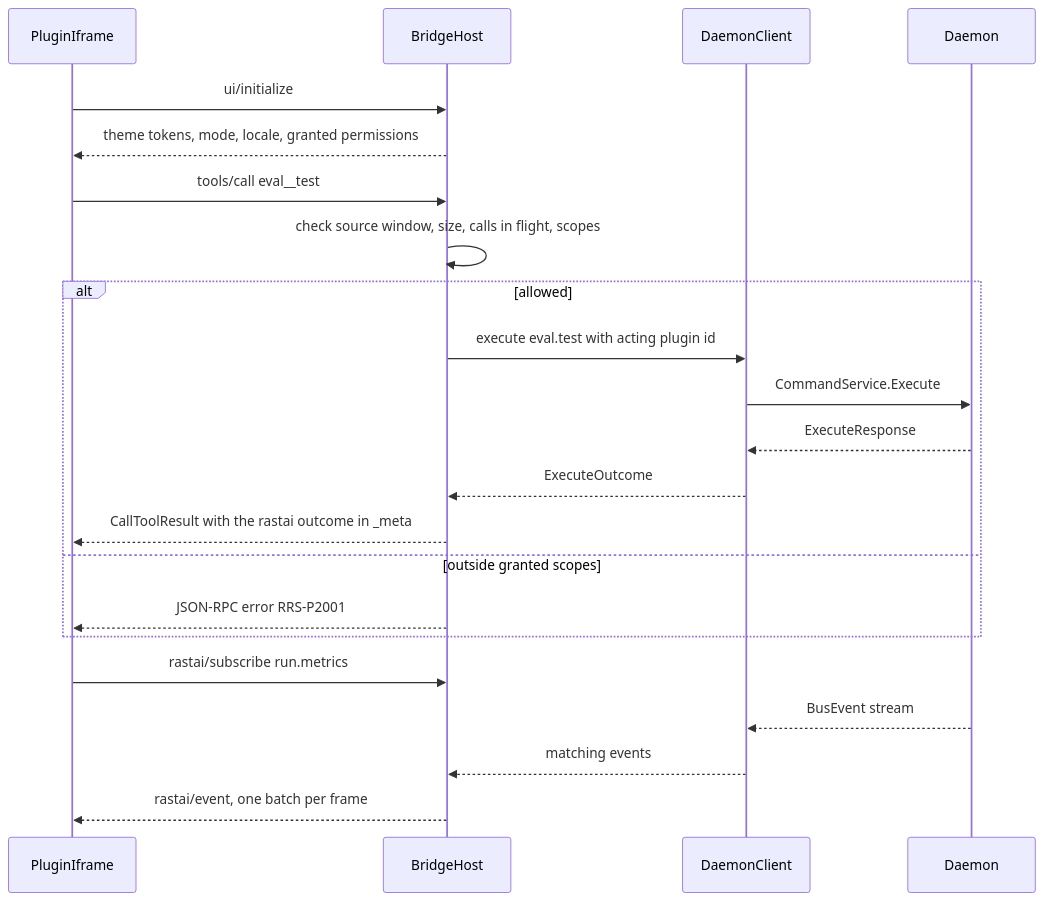
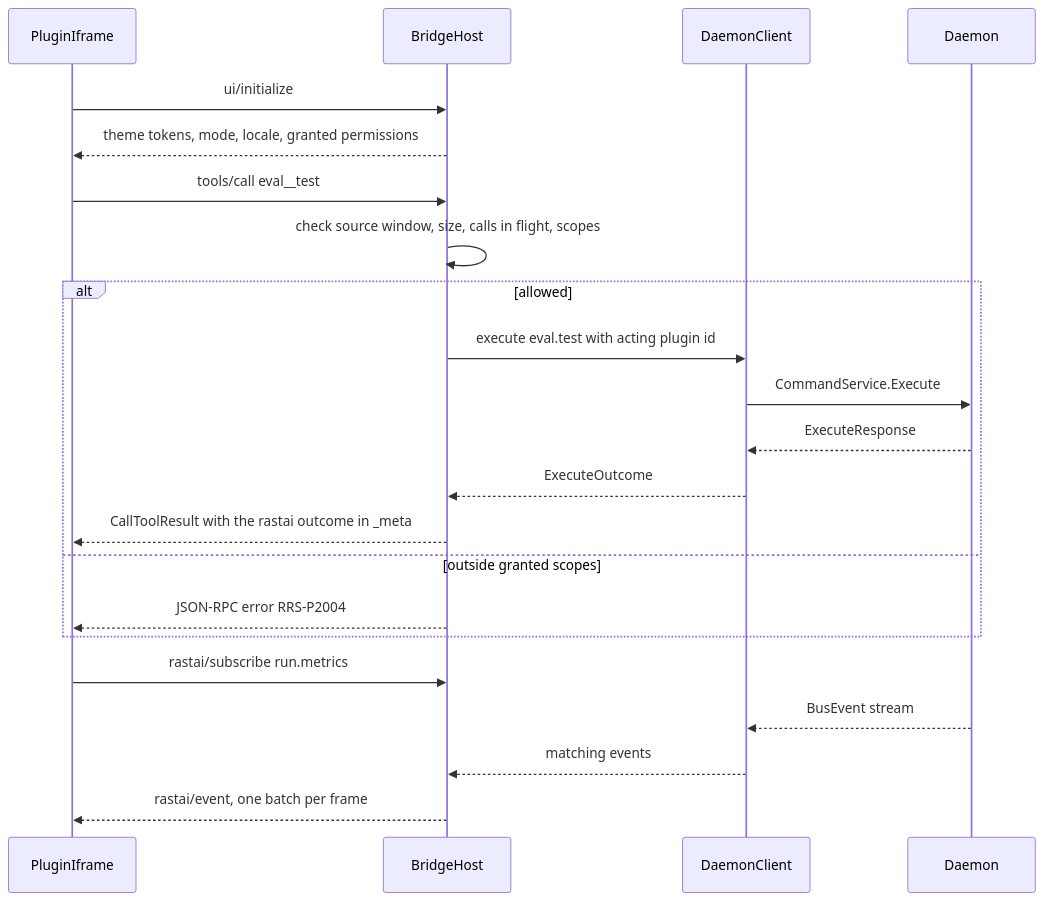
The ninth of 11 diagrams in docs/architecture/layout/frontend-and-plugins.md (Snubiss/RASTAI-Research-Studio), drawn with Mermaid before and after one commit. The commit also changed other lines of this file and 44 other files, not shown here.

````diff
--- a/docs/architecture/layout/frontend-and-plugins.md
+++ b/docs/architecture/layout/frontend-and-plugins.md
@@ -1678,24 +2568,24 @@
 ```mermaid
 sequenceDiagram
   participant F as PluginIframe
   participant B as BridgeHost
   participant C as DaemonClient
   participant D as Daemon
   F->>B: ui/initialize
   B-->>F: theme tokens, mode, locale, granted permissions
   F->>B: tools/call eval__test
   B->>B: check source window, size, calls in flight, scopes
   alt allowed
     B->>C: execute eval.test with acting plugin id
     C->>D: CommandService.Execute
     D-->>C: ExecuteResponse
     C-->>B: ExecuteOutcome
     B-->>F: CallToolResult with the rastai outcome in _meta
   else outside granted scopes
-    B-->>F: JSON-RPC error RRS-P2001
+    B-->>F: JSON-RPC error RRS-P2004
   end
   F->>B: rastai/subscribe run.metrics
   D-->>C: BusEvent stream
   C-->>B: matching events
   B-->>F: rastai/event, one batch per frame
 ```
````
